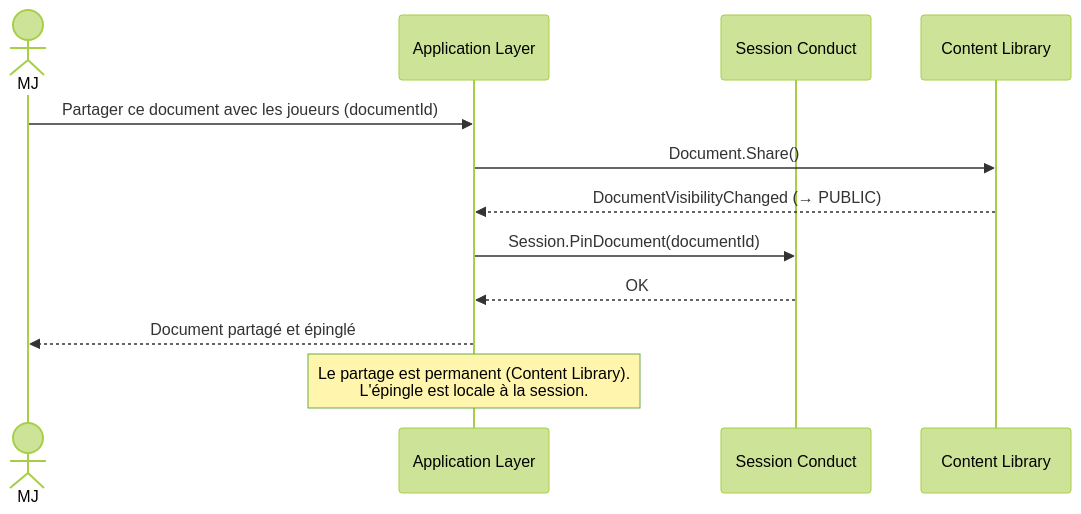
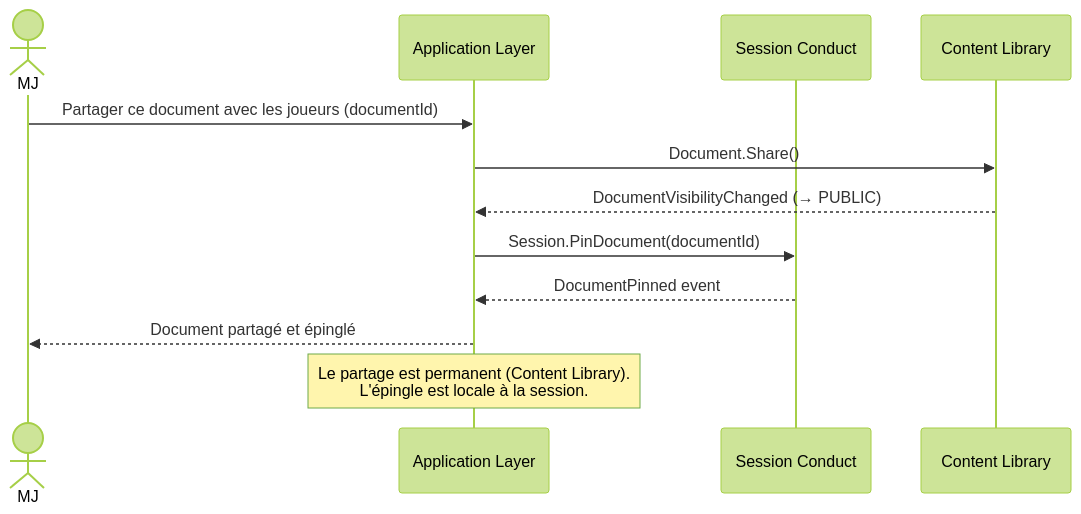
The fifth of 9 diagrams in docs/conception/domain/diagrams/flows/session-conduct.md (2025-10-CDA-ECO-P6/PM-micro-saas), drawn with Mermaid (forest theme) before and after one commit. The commit also changed other lines of this file and 17 other files, not shown here.

````diff
--- a/docs/conception/domain/diagrams/flows/session-conduct.md
+++ b/docs/conception/domain/diagrams/flows/session-conduct.md
@@ -71,15 +71,15 @@
 ```mermaid
 sequenceDiagram
     actor MJ
     participant App as Application Layer
     participant SC as Session Conduct
     participant CL as Content Library
 
     MJ->>App: Partager ce document avec les joueurs (documentId)
     App->>CL: Document.Share()
     CL-->>App: DocumentVisibilityChanged (→ PUBLIC)
     App->>SC: Session.PinDocument(documentId)
-    SC-->>App: OK
+    SC-->>App: DocumentPinned event
     App-->>MJ: Document partagé et épinglé
     Note over App: Le partage est permanent (Content Library).<br/>L'épingle est locale à la session.
 ```
````
